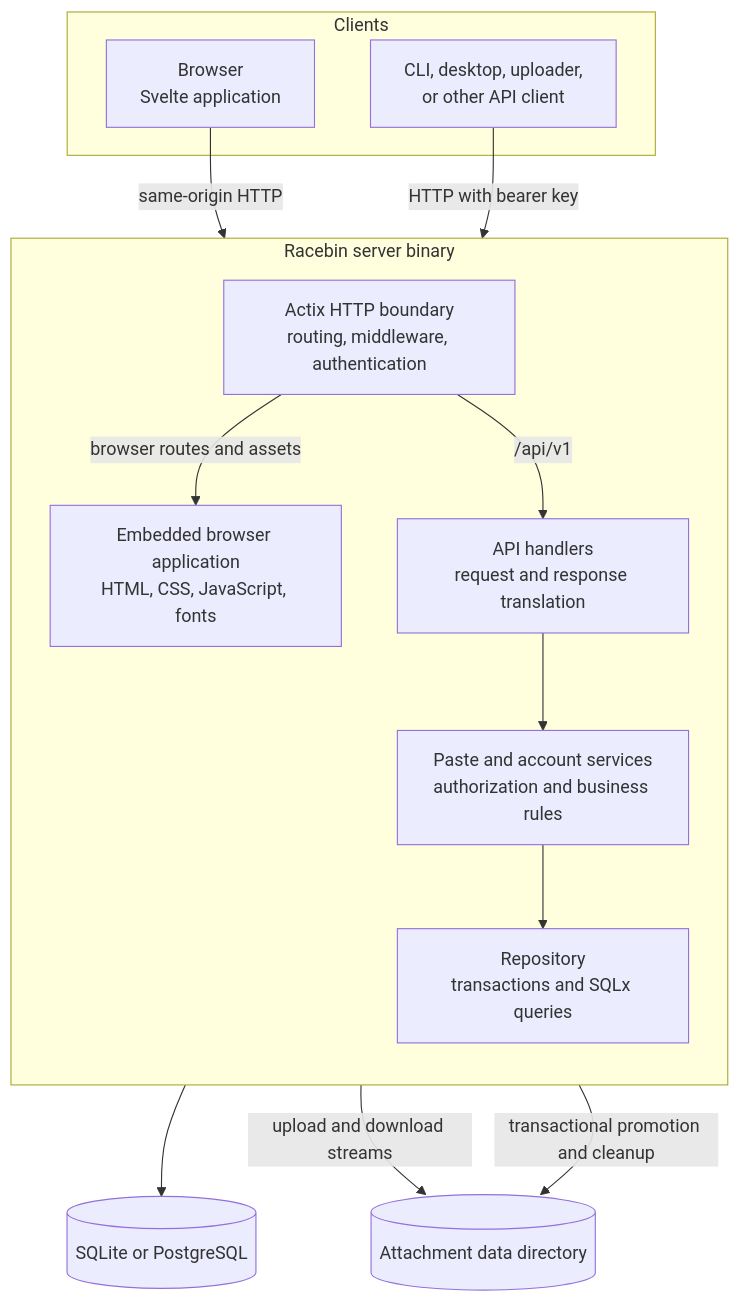
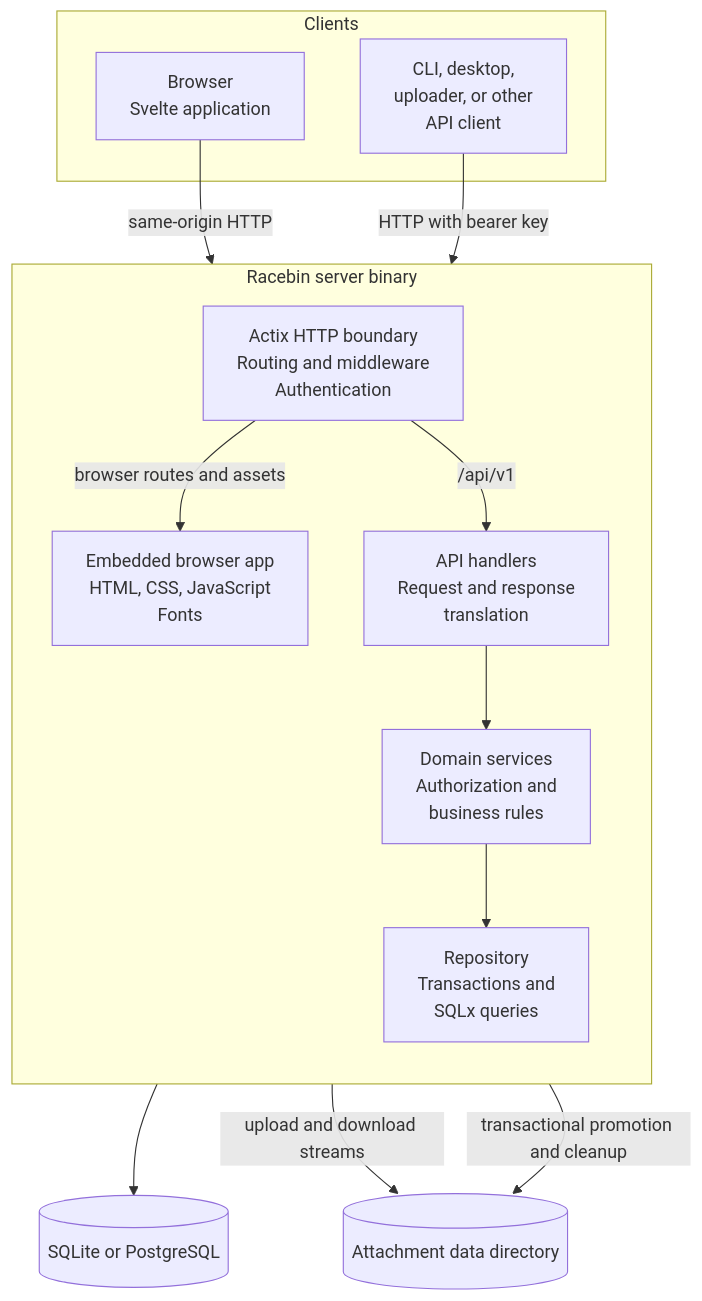
Before and after one commit to ostrich/racebin: the first of 2 diagrams in docs/architecture.md, drawn with Mermaid.

Commit message:
Fix architecture diagram label sizing

````diff
--- a/docs/architecture.md
+++ b/docs/architecture.md
@@ -27,30 +27,30 @@
 ```mermaid
 flowchart TB
     subgraph Clients
-        Browser["Browser<br>Svelte application"]
-        Client["CLI, desktop, uploader,<br>or other API client"]
+        Browser["Browser<br/>Svelte application"]
+        Client["CLI, desktop,<br/>uploader, or other<br/>API client"]
     end
 
     subgraph Binary["Racebin server binary"]
         direction TB
-        Boundary["Actix HTTP boundary<br>routing, middleware, authentication"]
-        Assets["Embedded browser application<br>HTML, CSS, JavaScript, fonts"]
-        Handlers["API handlers<br>request and response translation"]
-        Domain["Paste and account services<br>authorization and business rules"]
-        Repository["Repository<br>transactions and SQLx queries"]
+        Boundary["Actix HTTP boundary<br/>Routing and middleware<br/>Authentication"]
+        Assets["Embedded browser app<br/>HTML, CSS, JavaScript<br/>Fonts"]
+        Handlers["API handlers<br/>Request and response<br/>translation"]
+        Domain["Domain services<br/>Authorization and<br/>business rules"]
+        Repository["Repository<br/>Transactions and<br/>SQLx queries"]
 
         Boundary -->|browser routes and assets| Assets
         Boundary -->|/api/v1| Handlers
         Handlers --> Domain
         Domain --> Repository
     end
 
     Database[("SQLite or PostgreSQL")]
     Files[("Attachment data directory")]
 
     Browser -->|same-origin HTTP| Boundary
     Client -->|HTTP with bearer key| Boundary
     Repository --> Database
     Handlers -->|upload and download streams| Files
     Domain -->|transactional promotion and cleanup| Files
 ```
````
